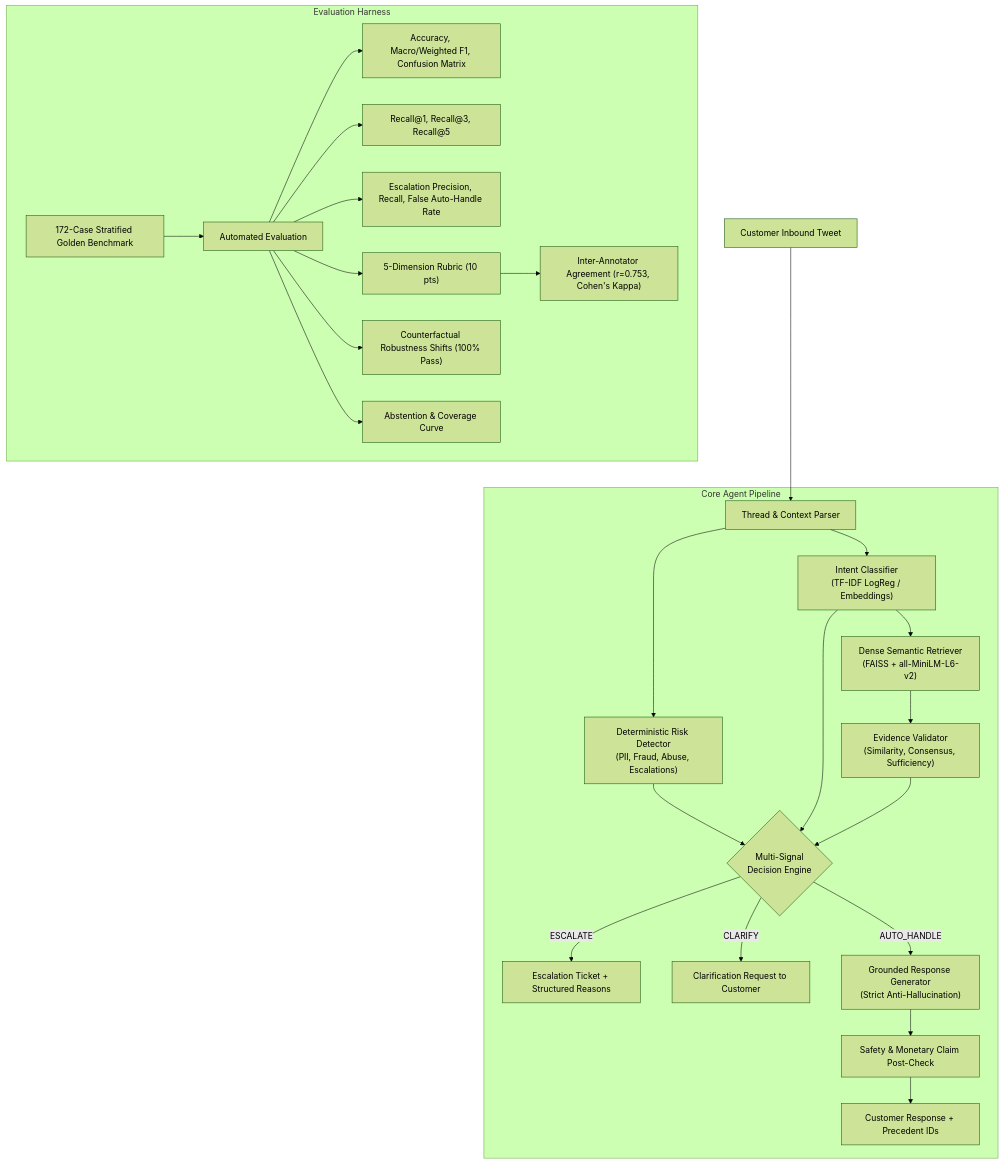
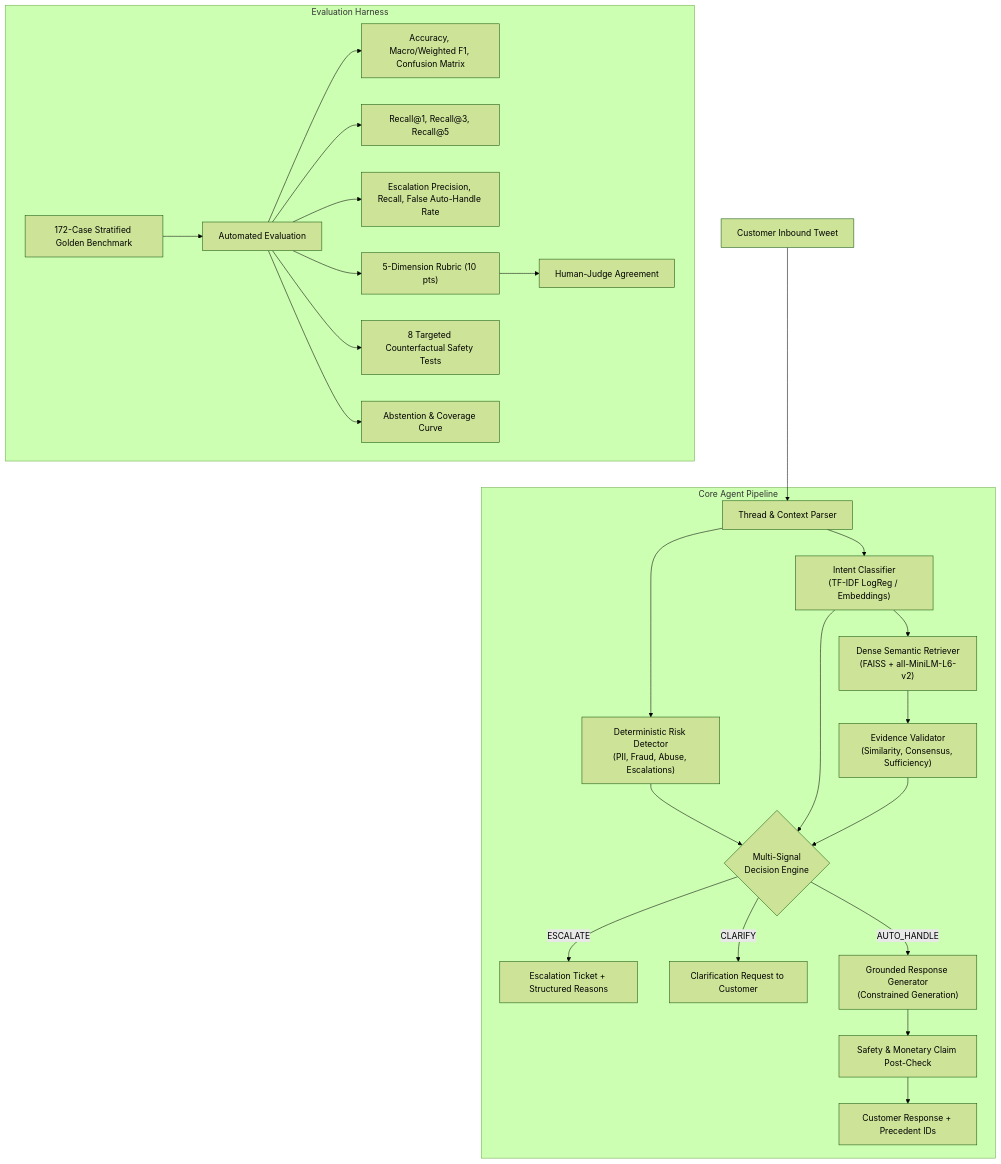
One commit to AkhileshGupta26/Hiver_AkhileshGupta changed the diagram in README.md. Above: the diagram before and after it, drawn with Mermaid (forest theme). The commit also changed other lines of this file, not shown here.

````diff
--- a/README.md
+++ b/README.md
@@ -15,34 +15,34 @@
 ```mermaid
 flowchart TD
     Inbound["Customer Inbound Tweet"] --> Parse["Thread & Context Parser"]
-    
+
     subgraph Core Agent Pipeline
         Parse --> Classify["Intent Classifier\n(TF-IDF LogReg / Embeddings)"]
         Parse --> Risk["Deterministic Risk Detector\n(PII, Fraud, Abuse, Escalations)"]
-        
+
         Classify --> Retr["Dense Semantic Retriever\n(FAISS + all-MiniLM-L6-v2)"]
         Retr --> Valid["Evidence Validator\n(Similarity, Consensus, Sufficiency)"]
-        
+
         Risk --> Decision{"Multi-Signal\nDecision Engine"}
         Classify --> Decision
         Valid --> Decision
-        
+
         Decision -->|"ESCALATE"| EscalateTicket["Escalation Ticket + Structured Reasons"]
         Decision -->|"CLARIFY"| ClarifyPrompt["Clarification Request to Customer"]
-        Decision -->|"AUTO_HANDLE"| Gen["Grounded Response Generator\n(Strict Anti-Hallucination)"]
-        
+        Decision -->|"AUTO_HANDLE"| Gen["Grounded Response Generator\n(Constrained Generation)"]
+
         Gen --> SafetyCheck["Safety & Monetary Claim Post-Check"]
         SafetyCheck --> OutReply["Customer Response + Precedent IDs"]
     end
 
     subgraph Evaluation Harness
         GoldSet["172-Case Stratified Golden Benchmark"] --> EvalHarness["Automated Evaluation"]
         EvalHarness --> IntentEval["Accuracy, Macro/Weighted F1, Confusion Matrix"]
         EvalHarness --> RetrEval["Recall@1, Recall@3, Recall@5"]
         EvalHarness --> EscEval["Escalation Precision, Recall, False Auto-Handle Rate"]
         EvalHarness --> JudgeEval["5-Dimension Rubric (10 pts)"]
-        JudgeEval --> HumanAgree["Inter-Annotator Agreement (r=0.753, Cohen's Kappa)"]
-        EvalHarness --> RobustEval["Counterfactual Robustness Shifts (100% Pass)"]
+        JudgeEval --> HumanAgree["Human-Judge Agreement"]
+        EvalHarness --> RobustEval["8 Targeted Counterfactual Safety Tests"]
         EvalHarness --> Abstention["Abstention & Coverage Curve"]
     end
 ```
````
